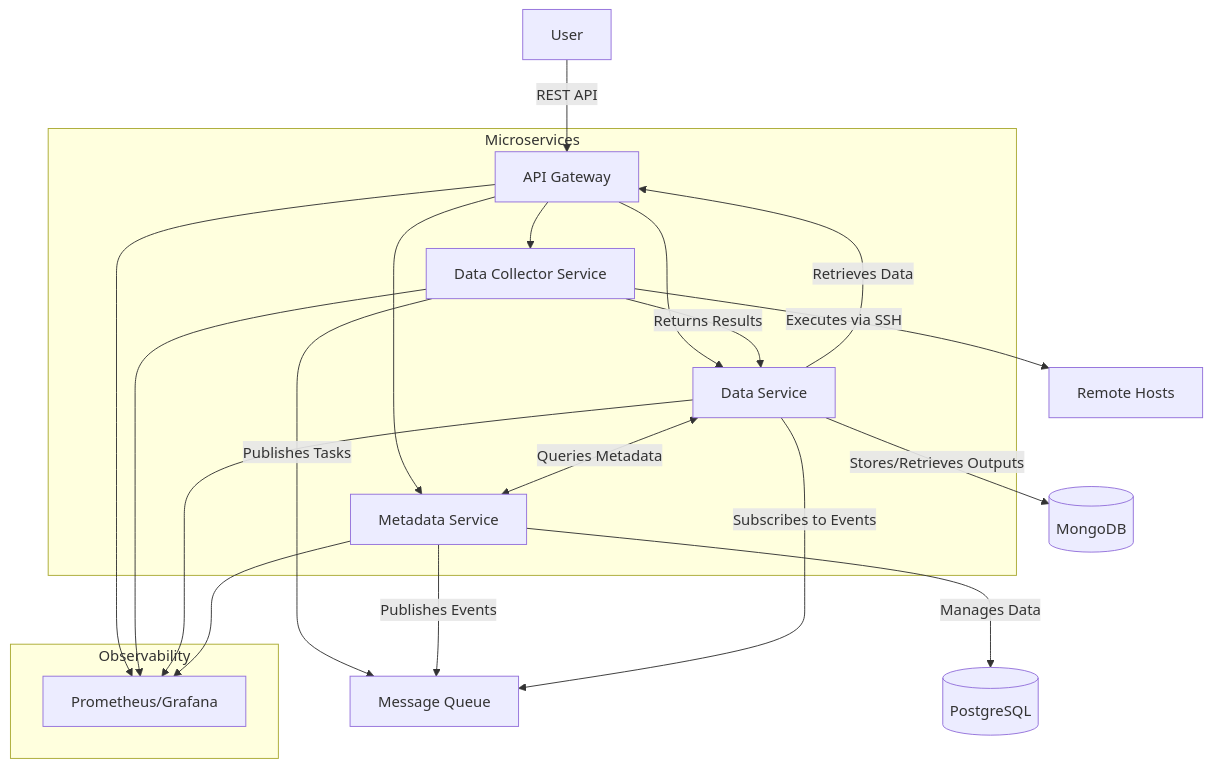
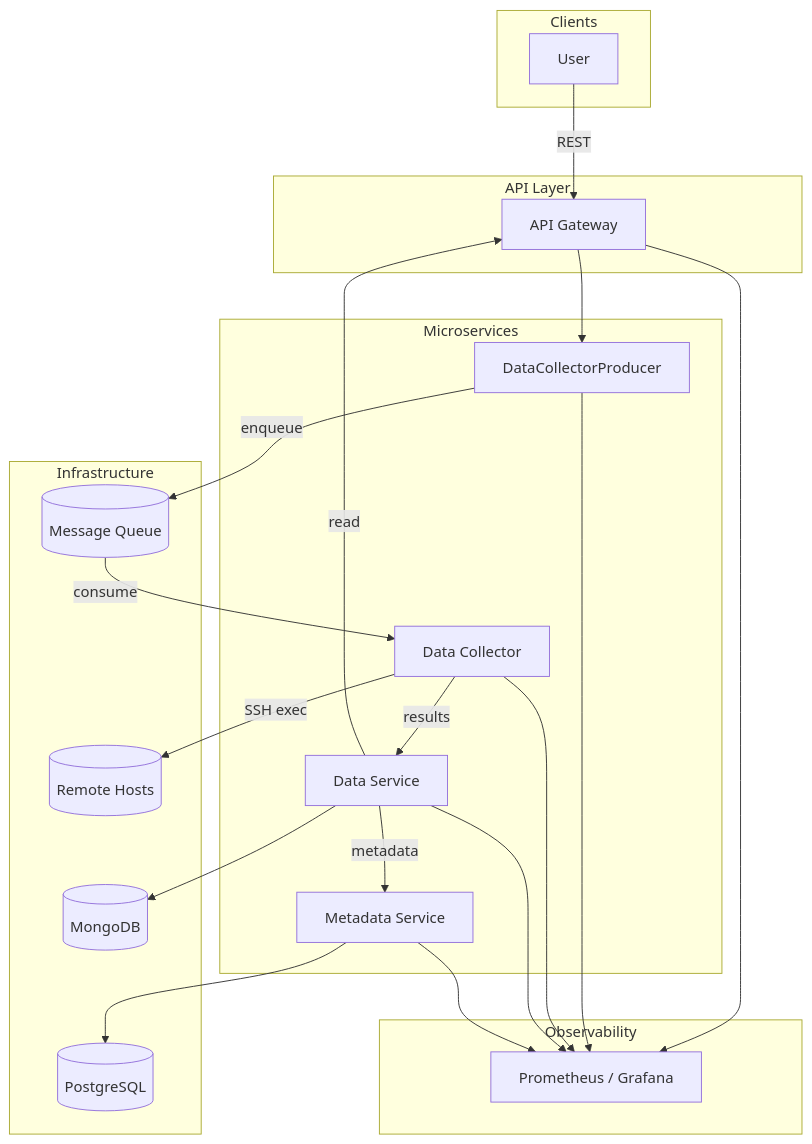
Before and after one commit to Andrej220/HAM: the first of 3 diagrams in README.md, drawn with Mermaid. The commit also changed other lines of this file and 4 other files, not shown here.

````diff
--- a/README.md
+++ b/README.md
@@ -1,32 +22,57 @@
 ```mermaid
-%%{init: {"config": {"look": "handDrawn", "theme": "forest"}}}%%
 graph TD
-    User -->|REST API| Gateway[API Gateway]
+  %% Layout
+  %%linkStyle default interpolate basis
 
-    subgraph Microservices
-        Gateway --> DataCollectorService[Data Collector Service]
-        Gateway --> DataService[Data Service]
-        Gateway --> MetadataService[Metadata Service]
-    end
+  %% Clients / API
+  subgraph API[API Layer]
+    Gateway[API Gateway]
+  end
 
-    DataCollectorService -->|Publishes Tasks| Queue[Message Queue]
-    DataCollectorService -->|Returns Results| DataService
-    DataCollectorService -->|Executes via SSH| RemoteHosts[Remote Hosts]
+  subgraph Clients[Clients]
+    User
+  end
 
-    DataService <-->|Queries Metadata| MetadataService
-    DataService -->|Stores/Retrieves Outputs| MongoDB[(MongoDB)]
-    DataService -->|Retrieves Data| Gateway
+  %% Services
+  subgraph SVC[Microservices]
+    Producer[DataCollectorProducer]
+    DC[Data Collector]
+    DS[Data Service]
+    MS[Metadata Service]
+  end
 
-    MetadataService -->|Manages Data| PostgreSQL[(PostgreSQL)]
-    MetadataService -->|Publishes Events| Queue
-    DataService -->|Subscribes to Events| Queue
+  %% Infra
+  subgraph INFRA[Infrastructure]
+    Q[(Message Queue)]
+    Hosts[(Remote Hosts)]
+    PG[(PostgreSQL)]
+    MG[(MongoDB)]
+  end
 
-    subgraph Observability
-        Gateway --> Monitoring[Prometheus/Grafana]
-        DataCollectorService --> Monitoring
-        DataService --> Monitoring
-        MetadataService --> Monitoring
-    end
+  %% Observability
+  subgraph OBS[Observability]
+    Mon[Prometheus / Grafana]
+  end
 
+  %% Flows
+  User -->|REST| Gateway
+  Gateway --> Producer
+  Producer -->|enqueue| Q
+  Q -->|consume| DC
+  DC -->|SSH exec| Hosts
+  DC -->|results| DS
+  DS -->|metadata| MS
+  MS --> PG
+  DS --> MG
+  %% MS -->|events| Q
+  %% DS -->|subscribe| Q
+  DS -->|read| Gateway
+
+  %% Monitoring taps
+  Gateway --> Mon
+  Producer --> Mon
+  DC --> Mon
+  DS --> Mon
+  MS --> Mon
 
 ```
````
